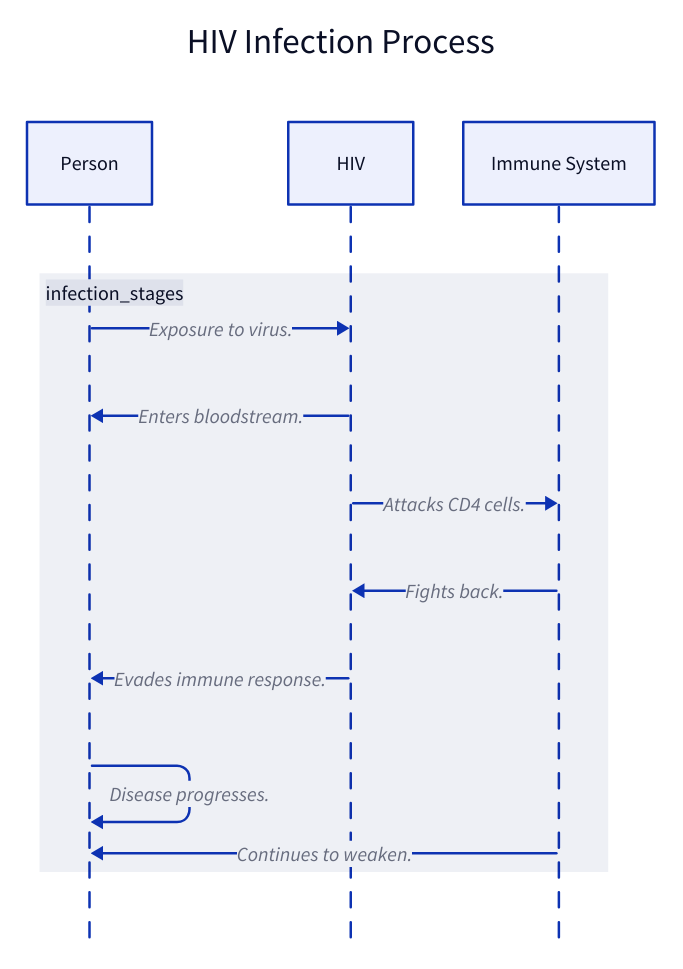
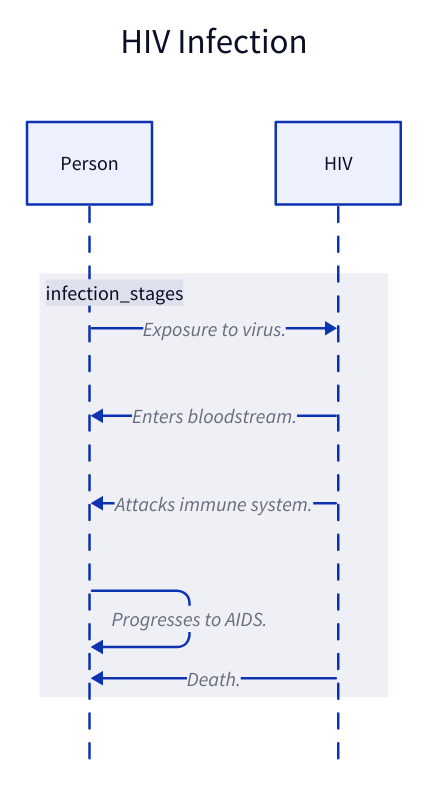
The diagram in content/blog/simplicity/hiv.d2 (shashankpritam/shashankpritam.github.io), drawn with D2 before and after one commit. The commit also changed 3 other files, not shown here.

```diff
--- a/content/blog/simplicity/hiv.d2
+++ b/content/blog/simplicity/hiv.d2
@@ -1,16 +1,12 @@
-direction: right
-HIV Infection Process: {
+HIV Infection: {
     shape: sequence_diagram
     person: Person
     hiv: HIV
-    immune_system: Immune System
     infection_stages: {
         person -> hiv: Exposure to virus.
         hiv -> person: Enters bloodstream.
-        hiv -> immune_system: Attacks CD4 cells.
-        immune_system -> hiv: Fights back.
-        hiv -> person: Evades immune response.
-        person -> person: Disease progresses.
-        immune_system -> person: Continues to weaken.
+        hiv -> person: Attacks immune system.
+        person -> person: Progresses to AIDS.
+        hiv -> person: Death.
     }
 }
```
